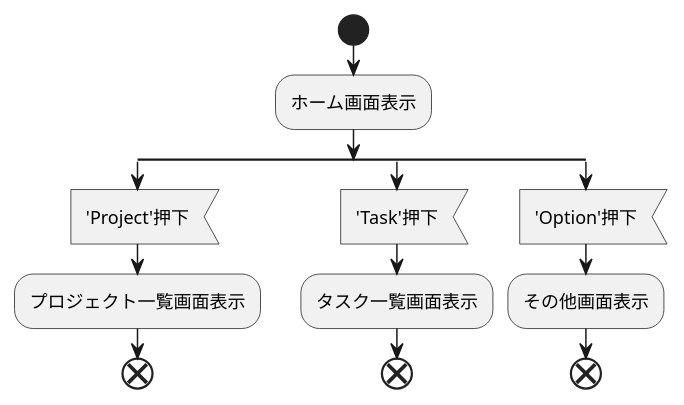
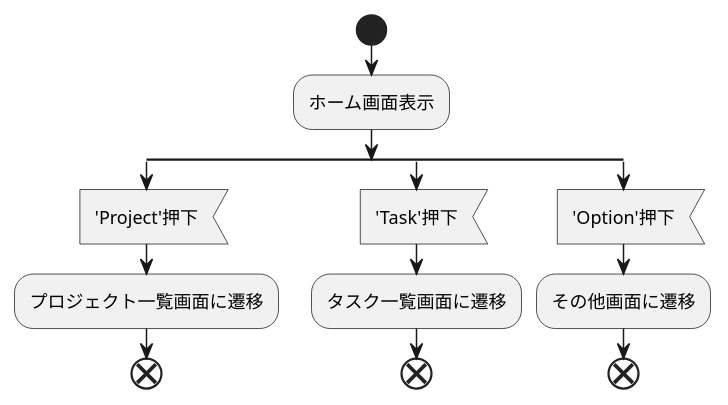
Before and after one commit to code-10157/asp.net_core_ver.2: the third of 7 diagrams in asp_projects/documents/7.要件定義/TaskList-API_rsc.md, drawn with PlantUML. The commit also changed other lines of this file, not shown here.

````diff
--- a/asp_projects/documents/7.要件定義/TaskList-API_rsc.md
+++ b/asp_projects/documents/7.要件定義/TaskList-API_rsc.md
@@ -109,20 +109,20 @@
   ``` plantuml
   @startuml
 
   start
   :ホーム画面表示;
   split
      :'Project'押下<
-     :プロジェクト一覧画面表示;
+     :プロジェクト一覧画面に遷移;
   end
   split again
      :'Task'押下<
-     :タスク一覧画面表示;
+     :タスク一覧画面に遷移;
   end
   split again
      :'Option'押下<
-     :その他画面表示;
+     :その他画面に遷移;
   end
 
   @enduml
   ```
````
